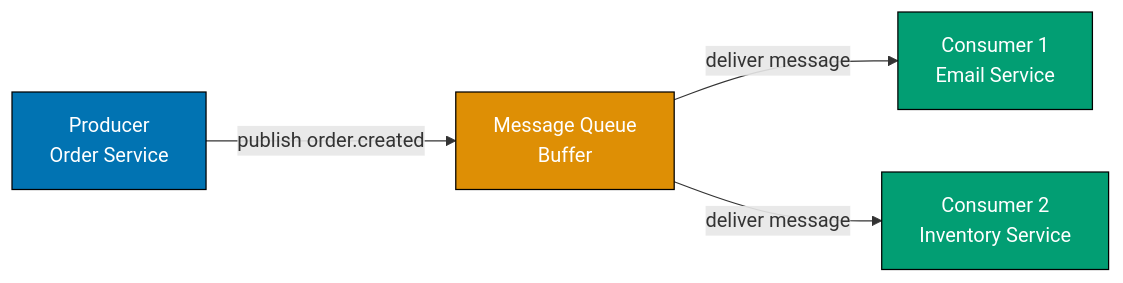
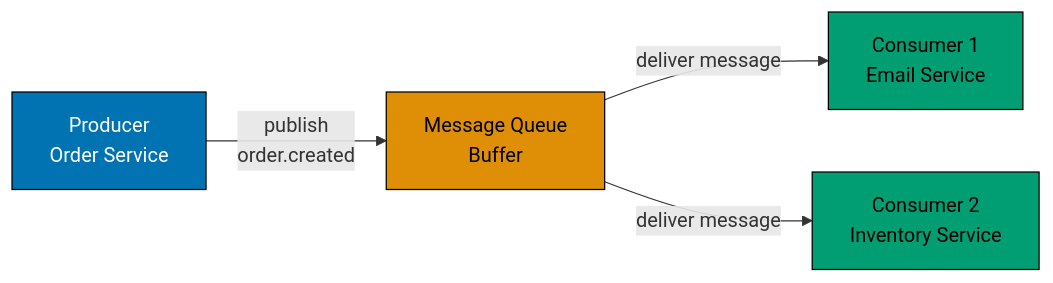
One commit to wahidyankf/ose-public changed the seventh of 8 diagrams in apps/ayokoding-www/content/en/learn/legacy/software-engineering/system-design/by-example/beginner.md. Above: the diagram before and after it, drawn with Mermaid. The commit also changed other lines of this file and 78 other files, not shown here.

First line of the commit message:
fix(mermaid): bring the remaining legacy software-engineering diagrams onto the accessible palette

````diff
--- a/apps/ayokoding-www/content/en/learn/legacy/software-engineering/system-design/by-example/beginner.md
+++ b/apps/ayokoding-www/content/en/learn/legacy/software-engineering/system-design/by-example/beginner.md
@@ -5428,17 +5469,23 @@
 ```mermaid
 %% Color Palette: Blue #0173B2, Orange #DE8F05, Teal #029E73, Purple #CC78BC, Brown #CA9161
 graph LR
+    accTitle: Example 24: Message Queue Basics — Decoupling Services
+    accDescr: Graph with 4 nodes and 3 connections. Nodes: Producer Order Service, Message Queue Buffer, Consumer 1 Email Service, Consumer 2 Inventory Service. Connections: Producer Order Service to Message Queue Buffer (publish order.created), Message Queue Buffer to Consumer 1 Email Service (deliver message), Message Queue Buffer to Consumer 2 Inventory Service (deliver message).
     P["Producer<br/>Order Service"]
     Q["Message Queue<br/>Buffer"]
     C1["Consumer 1<br/>Email Service"]
     C2["Consumer 2<br/>Inventory Service"]
 
-    P -->|"publish order.created"| Q
+    P -->|"publish<br/>order.created"| Q
     Q -->|"deliver message"| C1
     Q -->|"deliver message"| C2
 
-    style P fill:#0173B2,stroke:#000,color:#fff
-    style Q fill:#DE8F05,stroke:#000,color:#fff
-    style C1 fill:#029E73,stroke:#000,color:#fff
-    style C2 fill:#029E73,stroke:#000,color:#fff
+    classDef pal-0173B2 fill:#0173B2,stroke:#000000,color:#FFFFFF
+    class P pal-0173B2
+    classDef pal-DE8F05 fill:#DE8F05,stroke:#000000,color:#000000
+    class Q pal-DE8F05
+    classDef pal-029E73 fill:#029E73,stroke:#000000,color:#000000
+    class C1 pal-029E73
+    class C2 pal-029E73
+    classDef default fill:#FFFFFF,stroke:#000000,color:#000000
 ```
````
